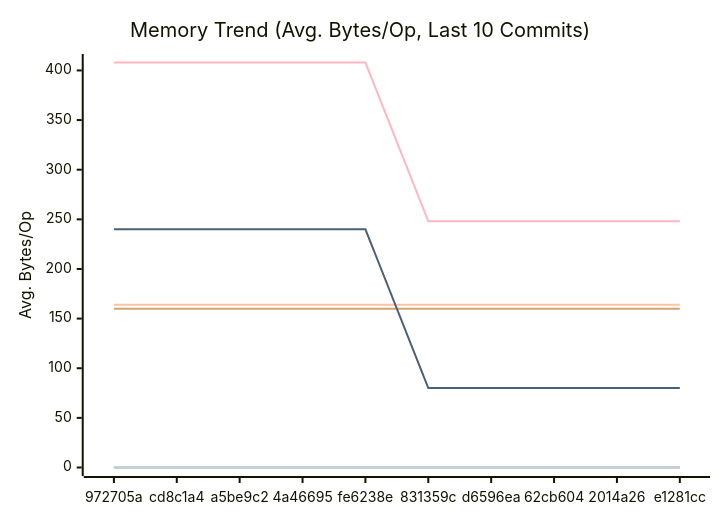
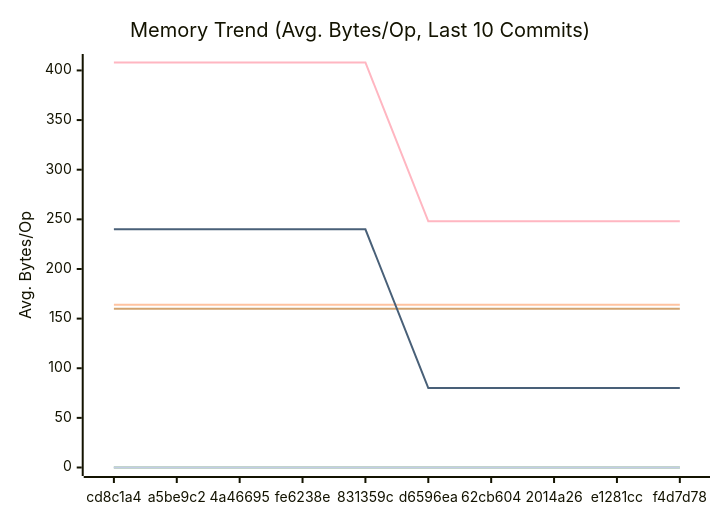
Before and after one commit to alsotoes/momo: the second of 3 diagrams in docs/PERFORMANCE.md, drawn with Mermaid. The commit also changed other lines of this file and 2 other files, not shown here.

````diff
--- a/docs/PERFORMANCE.md
+++ b/docs/PERFORMANCE.md
@@ -97,16 +97,16 @@
 ```mermaid
 xychart-beta
     title "Memory Trend (Avg. Bytes/Op, Last 10 Commits)"
     x-axis "Commit"
     y-axis "Avg. Bytes/Op"
-    x-axis [972705a,cd8c1a4,a5be9c2,4a46695,fe6238e,831359c,d6596ea,62cb604,2014a26,e1281cc]
+    x-axis [cd8c1a4,a5be9c2,4a46695,fe6238e,831359c,d6596ea,62cb604,2014a26,e1281cc,f4d7d78]
     line "CheckMetricsAndSwap" [0,0,0,0,0,0,0,0,0,0]
     line "CrushOptimized" [0,0,0,0,0,0,0,0,0,0]
     line "CrushOriginal" [164,164,164,164,164,164,164,164,164,164]
     line "IndexDirectTracking" [0,0,0,0,0,0,0,0,0,0]
     line "IndexSearch" [0,0,0,0,0,0,0,0,0,0]
     line "LoadGlobalConfig" [160,160,160,160,160,160,160,160,160,160]
     line "PadString" [0,0,0,0,0,0,0,0,0,0]
     line "ParseReplicationOrder_NoPrealloc" [408,408,408,408,408,248,248,248,248,248]
     line "ParseReplicationOrder_Prealloc" [240,240,240,240,240,80,80,80,80,80]
 ```
````
